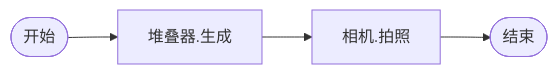
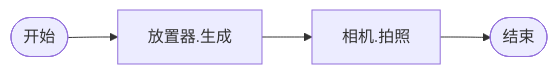
One commit to sltruman/practical-tools changed the tenth of 13 diagrams in README.md. Above: the diagram before and after it, drawn with Mermaid. The commit also changed other lines of this file and 7 other files, not shown here.

````diff
--- a/README.md
+++ b/README.md
@@ -283,10 +279,10 @@
 ```mermaid
 flowchart LR
-    packer.generate[堆叠器.生成]
+    palcer.generate[放置器.生成]
     camera.capture[相机.拍照]
     start([开始])
     finish([结束])
-    start-->packer.generate
-    packer.generate-->camera.capture
+    start-->palcer.generate
+    palcer.generate-->camera.capture
     camera.capture-->finish
 ```
````
